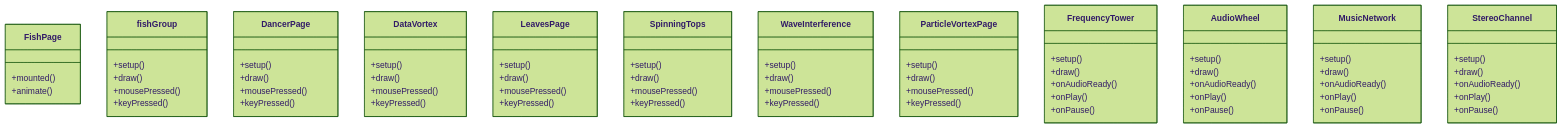
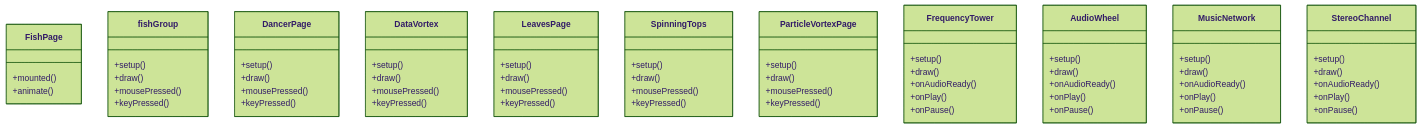
One commit to yuyezhizhi/yuyezhizhi.github.io changed the sixth of 13 diagrams in .qoder/repowiki/zh/content/动画系统/动画系统.md. Above: the diagram before and after it, drawn with Mermaid (forest theme). The commit also changed other lines of this file and 6 other files, not shown here.

````diff
--- a/.qoder/repowiki/zh/content/动画系统/动画系统.md
+++ b/.qoder/repowiki/zh/content/动画系统/动画系统.md
@@ -214,77 +230,71 @@
 ```mermaid
 classDiagram
 class FishPage {
 +mounted()
 +animate()
 }
 class fishGroup {
 +setup()
 +draw()
 +mousePressed()
 +keyPressed()
 }
 class DancerPage {
 +setup()
 +draw()
 +mousePressed()
 +keyPressed()
 }
 class DataVortex {
 +setup()
 +draw()
 +mousePressed()
 +keyPressed()
 }
 class LeavesPage {
 +setup()
 +draw()
 +mousePressed()
 +keyPressed()
 }
 class SpinningTops {
-+setup()
-+draw()
-+mousePressed()
-+keyPressed()
-}
-class WaveInterference {
 +setup()
 +draw()
 +mousePressed()
 +keyPressed()
 }
 class ParticleVortexPage {
 +setup()
 +draw()
 +mousePressed()
 +keyPressed()
 }
 class FrequencyTower {
 +setup()
 +draw()
 +onAudioReady()
 +onPlay()
 +onPause()
 }
 class AudioWheel {
 +setup()
 +draw()
 +onAudioReady()
 +onPlay()
 +onPause()
 }
 class MusicNetwork {
 +setup()
 +draw()
 +onAudioReady()
 +onPlay()
 +onPause()
 }
 class StereoChannel {
 +setup()
 +draw()
 +onAudioReady()
 +onPlay()
 +onPause()
 }
 ```
````
